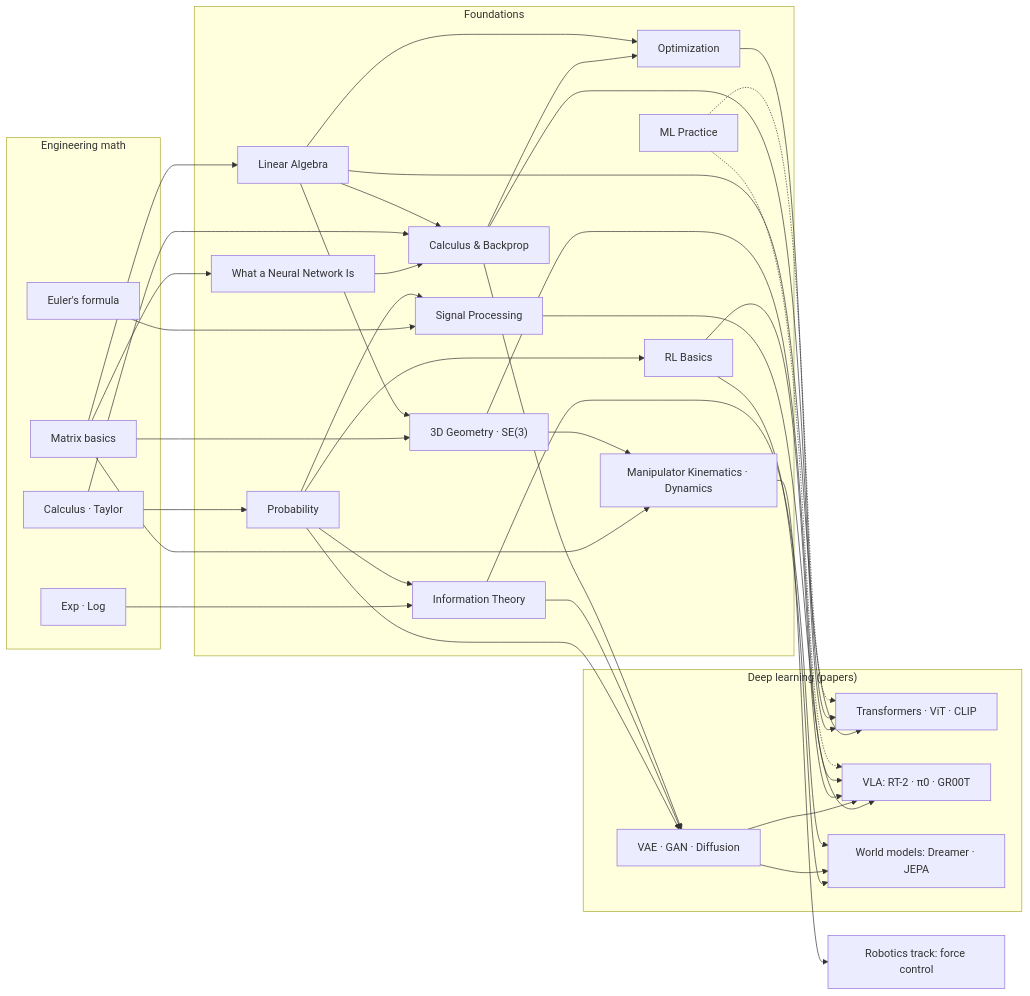
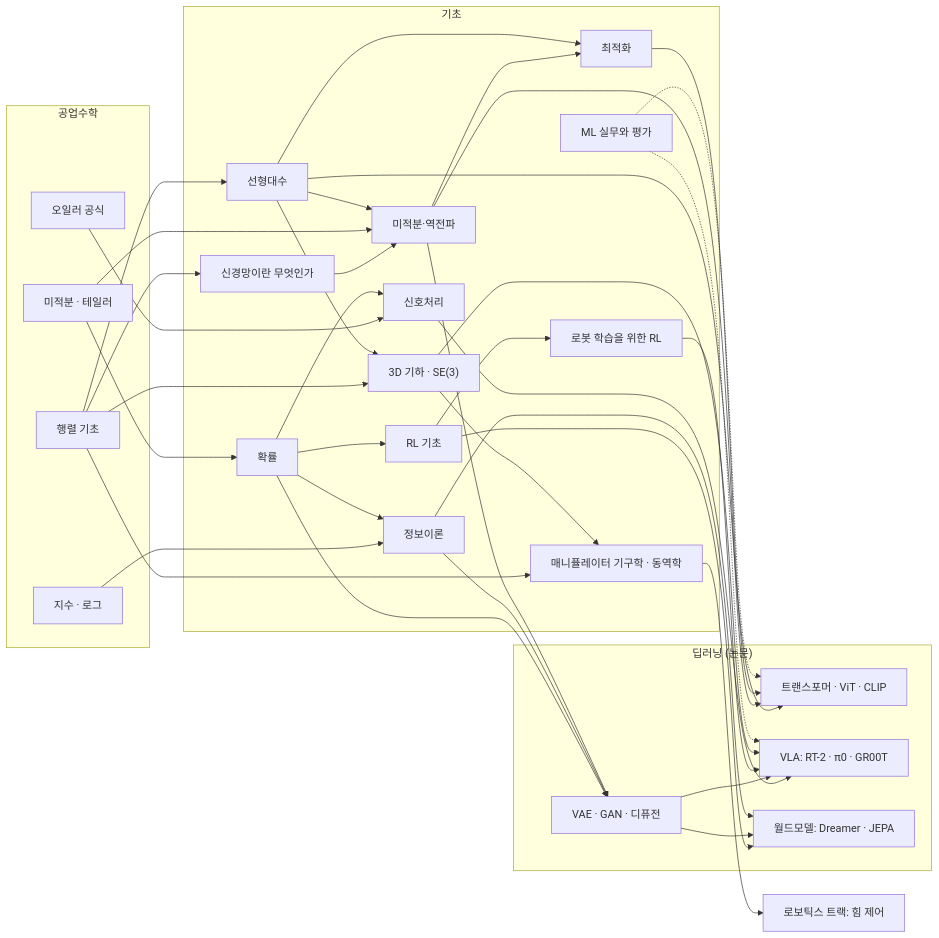
Before and after one commit to jiseop-byeon/phd-wiki: the third of 4 diagrams in content/02-foundations/overview.md, drawn with Mermaid. The commit also changed other lines of this file and 46 other files, not shown here.

First line of the commit message:
Make every Draw item a variant, translate Korean figure labels, and close the small follow-ups

````diff
--- a/content/02-foundations/overview.md
+++ b/content/02-foundations/overview.md
@@ -320,60 +322,62 @@
 ```mermaid
 graph LR
-    subgraph M["Engineering math"]
-    CALC["Calculus · Taylor"]
-    MAT["Matrix basics"]
-    EUL["Euler's formula"]
-    LOG["Exp · Log"]
+    subgraph M["공업수학"]
+    CALC["미적분 · 테일러"]
+    MAT["행렬 기초"]
+    EUL["오일러 공식"]
+    LOG["지수 · 로그"]
     end
-    subgraph F["Foundations"]
-    LA["Linear Algebra"]
-    NN["What a Neural Network Is"]
-    CB["Calculus & Backprop"]
-    PR["Probability"]
-    OPT["Optimization"]
-    IT["Information Theory"]
-    SP["Signal Processing"]
-    RL["RL Basics"]
-    SE["3D Geometry · SE(3)"]
-    MLP["ML Practice"]
-    MKD["Manipulator Kinematics · Dynamics"]
+    subgraph F["기초"]
+    LA["선형대수"]
+    NN["신경망이란 무엇인가"]
+    CB["미적분·역전파"]
+    PR["확률"]
+    OPT["최적화"]
+    IT["정보이론"]
+    SP["신호처리"]
+    RL["RL 기초"]
+    RLR["로봇 학습을 위한 RL"]
+    SE["3D 기하 · SE(3)"]
+    MLP["ML 실무와 평가"]
+    MKD["매니퓰레이터 기구학 · 동역학"]
     end
-    subgraph D["Deep learning (papers)"]
-    TF["Transformers · ViT · CLIP"]
-    GEN["VAE · GAN · Diffusion"]
+    subgraph D["딥러닝 (논문)"]
+    TF["트랜스포머 · ViT · CLIP"]
+    GEN["VAE · GAN · 디퓨전"]
     VLA["VLA: RT-2 · π0 · GR00T"]
-    WM["World models: Dreamer · JEPA"]
+    WM["월드모델: Dreamer · JEPA"]
     end
     MAT --> LA
     MAT --> NN
     NN --> CB
     CALC --> CB
     CALC --> PR
     EUL --> SP
     LOG --> IT
     LA --> CB --> OPT
     LA --> OPT
     PR --> IT
     PR --> RL
     PR --> SP
     LA --> TF
     CB --> TF
     OPT --> TF
     PR --> GEN
     IT --> GEN
     CB --> GEN
     SP --> VLA
     GEN --> VLA
-    RL --> VLA
+    RL --> RLR
+    RLR --> VLA
     RL --> WM
     GEN --> WM
     IT --> WM
     MAT --> SE
     LA --> SE
     SE --> VLA
     MLP -.-> TF
     MLP -.-> VLA
     MAT --> MKD
     SE --> MKD
-    MKD --> ROB["Robotics track: force control"]
+    MKD --> ROB["로보틱스 트랙: 힘 제어"]
 ```
````
